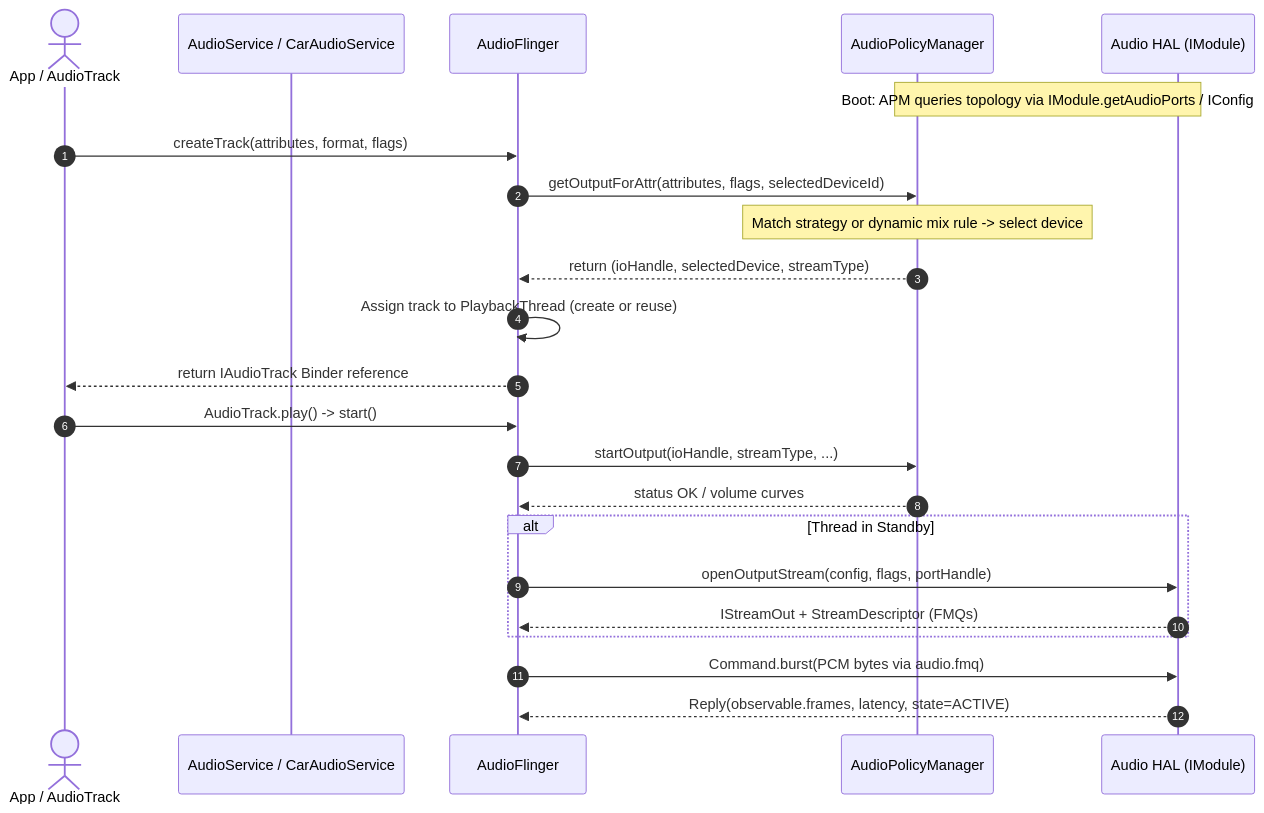
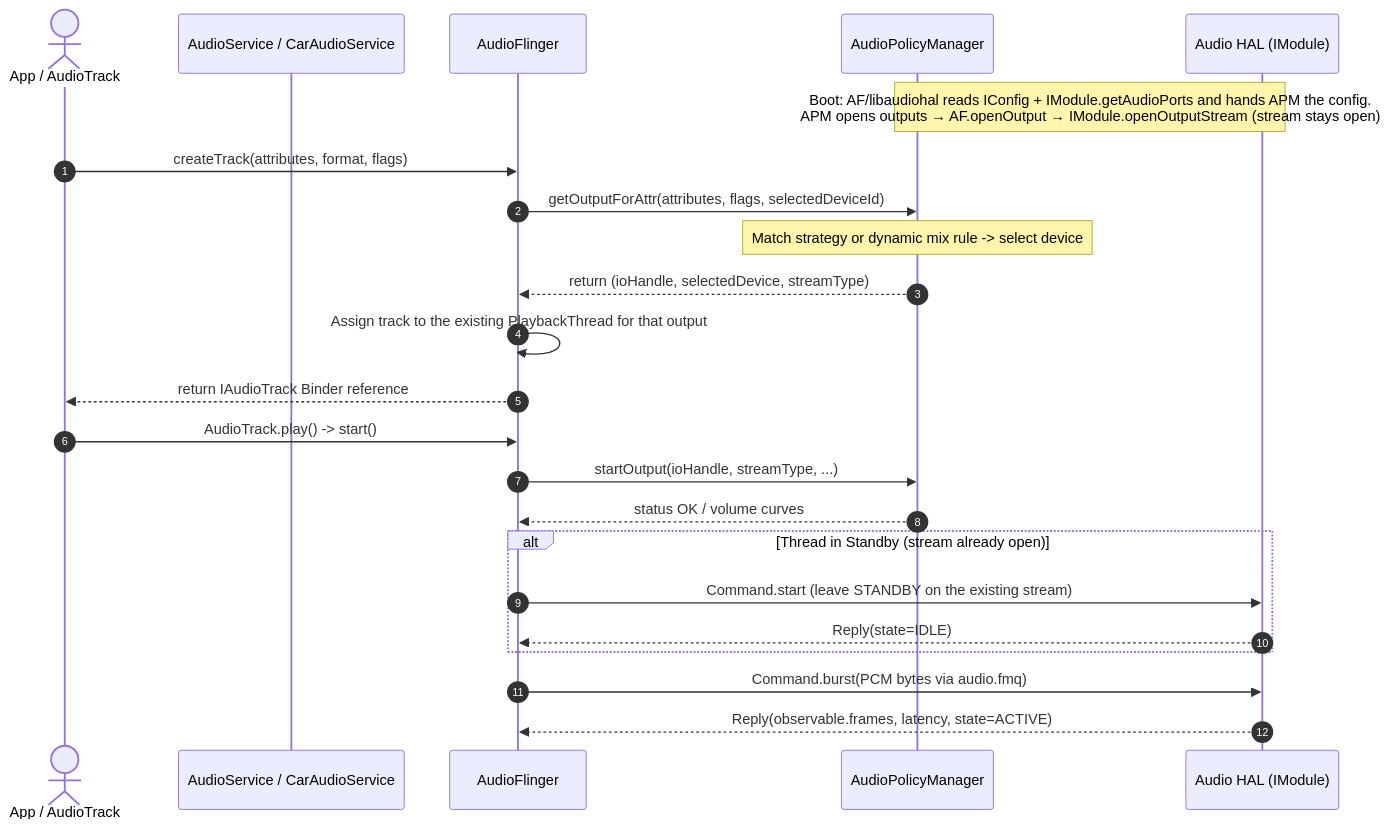
The diagram in portal/public/curriculum/03-audio-policy-vs-audioflinger.md (developer-swetabh/AndroidAudioProf), drawn with Mermaid before and after one commit. The commit also changed other lines of this file and 81 other files, not shown here.

````diff
--- a/portal/public/curriculum/03-audio-policy-vs-audioflinger.md
+++ b/portal/public/curriculum/03-audio-policy-vs-audioflinger.md
@@ -89,27 +90,27 @@
 ```mermaid
 sequenceDiagram
     autonumber
     actor App as App / AudioTrack
     participant AS as AudioService / CarAudioService
     participant AF as AudioFlinger
     participant APM as AudioPolicyManager
     participant HAL as Audio HAL (IModule)
 
-    Note over APM,HAL: Boot: APM queries topology via IModule.getAudioPorts / IConfig
+    Note over APM,HAL: Boot: AF/libaudiohal reads IConfig + IModule.getAudioPorts and hands APM the config.<br/>APM opens outputs → AF.openOutput → IModule.openOutputStream (stream stays open)
     App->>AF: createTrack(attributes, format, flags)
     AF->>APM: getOutputForAttr(attributes, flags, selectedDeviceId)
     Note over APM: Match strategy or dynamic mix rule -> select device
     APM-->>AF: return (ioHandle, selectedDevice, streamType)
-    AF->>AF: Assign track to PlaybackThread (create or reuse)
+    AF->>AF: Assign track to the existing PlaybackThread for that output
     AF-->>App: return IAudioTrack Binder reference
     
     App->>AF: AudioTrack.play() -> start()
     AF->>APM: startOutput(ioHandle, streamType, ...)
     APM-->>AF: status OK / volume curves
-    alt Thread in Standby
-        AF->>HAL: openOutputStream(config, flags, portHandle)
-        HAL-->>AF: IStreamOut + StreamDescriptor (FMQs)
+    alt Thread in Standby (stream already open)
+        AF->>HAL: Command.start (leave STANDBY on the existing stream)
+        HAL-->>AF: Reply(state=IDLE)
     end
     AF->>HAL: Command.burst(PCM bytes via audio.fmq)
     HAL-->>AF: Reply(observable.frames, latency, state=ACTIVE)
 ```
````
